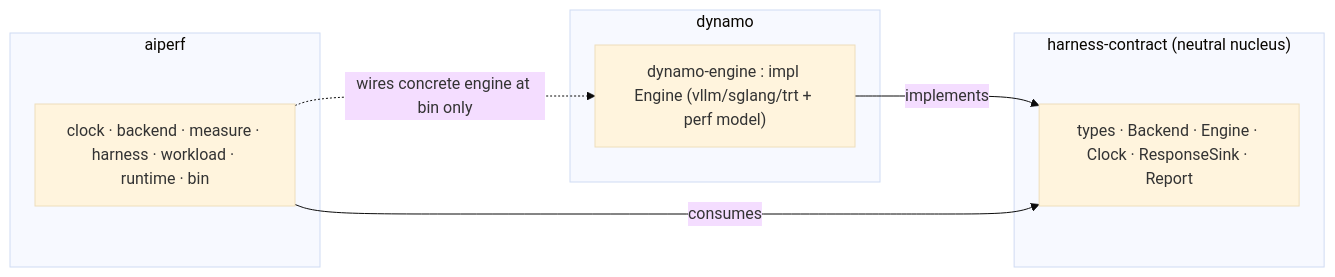
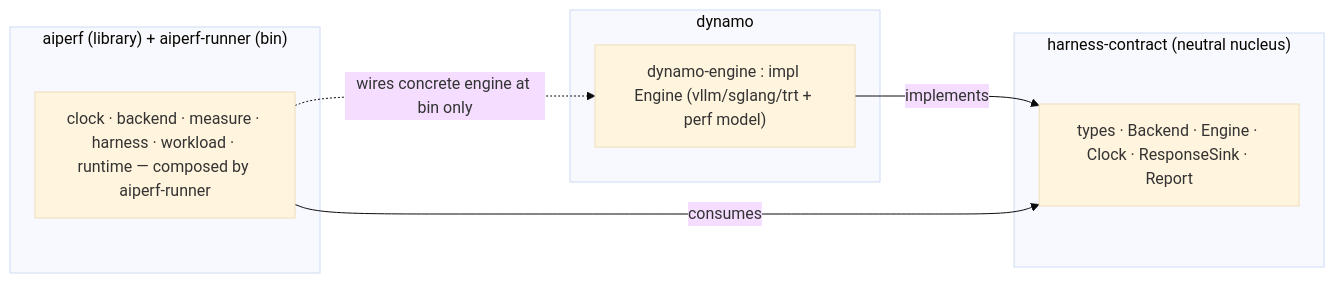
One commit to ai-dynamo/aiperf changed the second of 2 diagrams in specs/2026-07-10-shared-rust-architecture-northstar.md. Above: the diagram before and after it, drawn with Mermaid (base theme). The commit also changed other lines of this file and 34 other files, not shown here.

````diff
--- a/specs/2026-07-10-shared-rust-architecture-northstar.md
+++ b/specs/2026-07-10-shared-rust-architecture-northstar.md
@@ -267,15 +312,15 @@
 ```mermaid
 flowchart LR
     subgraph shared["harness-contract  (neutral nucleus)"]
         c["types · Backend · Engine · Clock · ResponseSink · Report"]
     end
     subgraph dyn["dynamo"]
         e["dynamo-engine : impl Engine (vllm/sglang/trt + perf model)"]
     end
-    subgraph ap["aiperf"]
-        r["clock · backend · measure · harness · workload · runtime · bin"]
+    subgraph ap["aiperf (library) + aiperf-runner (bin)"]
+        r["clock · backend · measure · harness · workload · runtime — composed by aiperf-runner"]
     end
     e -->|implements| c
     r -->|consumes| c
     r -.->|wires concrete engine at bin only| e
 ```
````
